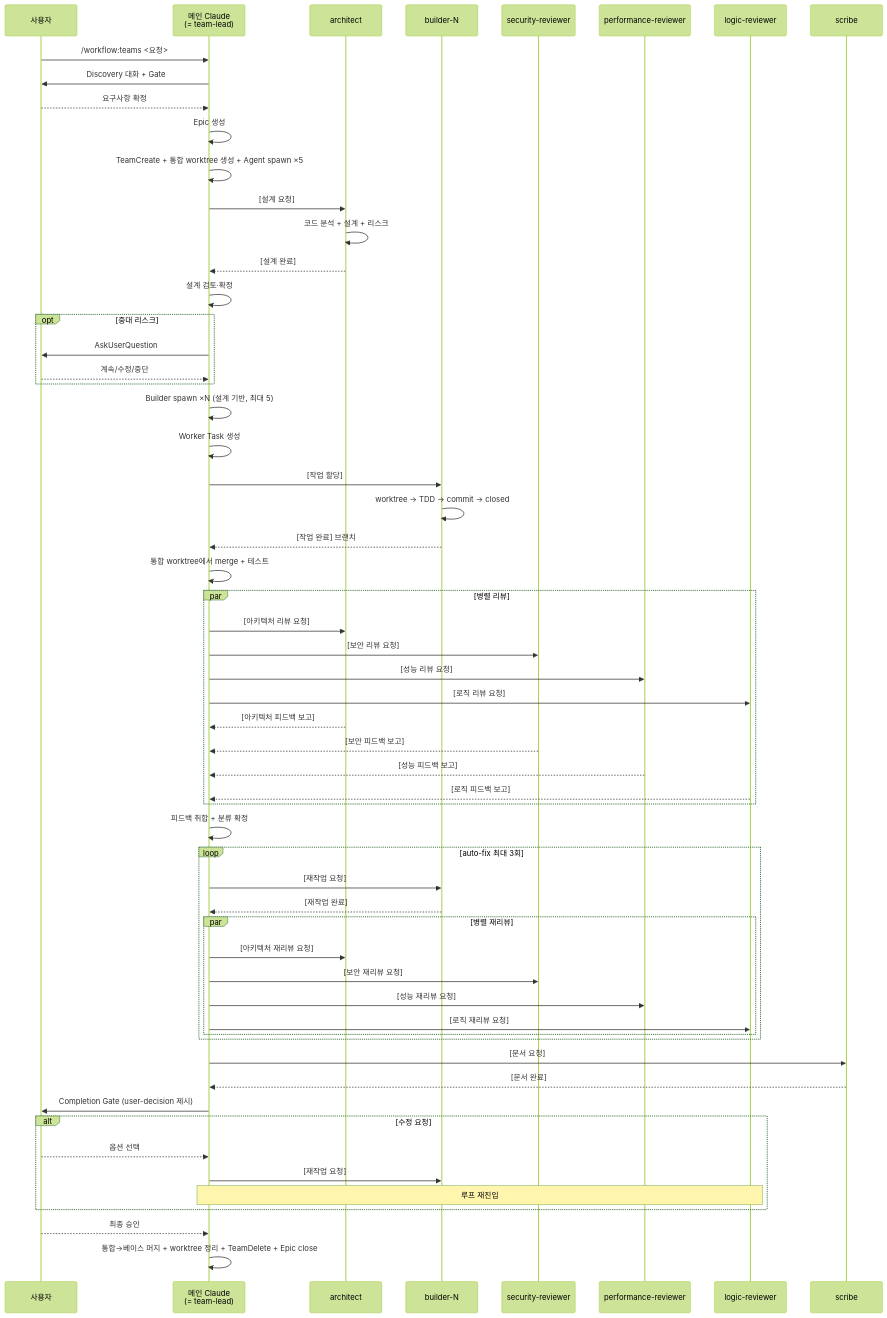
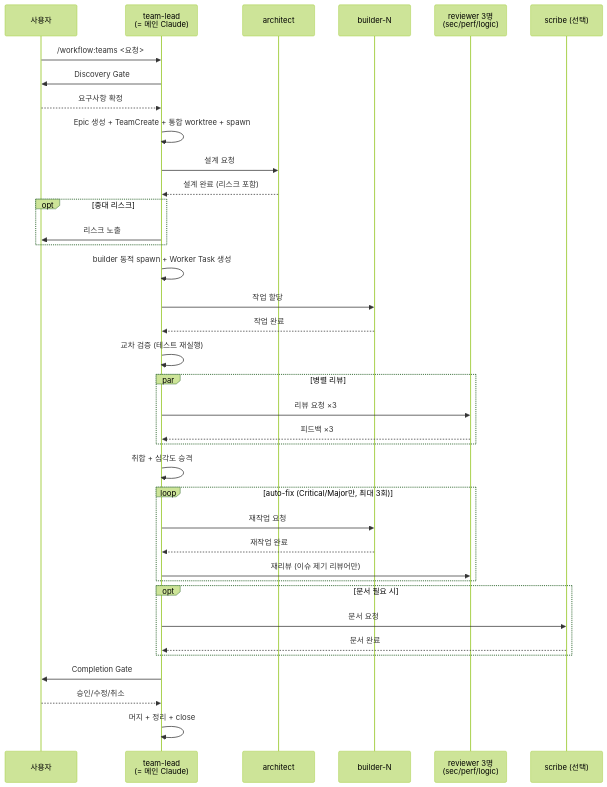
Before and after one commit to Wondermove-Inc/calab-claude-plugin: the diagram in plugins/workflow/skills/teams/SKILL.md, drawn with Mermaid (forest theme). The commit also changed other lines of this file and 17 other files, not shown here.

````diff
--- a/plugins/workflow/skills/teams/SKILL.md
+++ b/plugins/workflow/skills/teams/SKILL.md
@@ -70,66 +47,44 @@
 ```mermaid
 ---
 config:
   layout: elk
 ---
 sequenceDiagram
     participant U as 사용자
-    participant MC as 메인 Claude<br/>(= team-lead)
+    participant MC as team-lead<br/>(= 메인 Claude)
     participant A as architect
     participant B as builder-N
-    participant SR as security-reviewer
-    participant PR as performance-reviewer
-    participant LR as logic-reviewer
-    participant S as scribe
+    participant R as reviewer 3명<br/>(sec/perf/logic)
+    participant S as scribe (선택)
 
     U->>MC: /workflow:teams <요청>
-    MC->>U: Discovery 대화 + Gate
+    MC->>U: Discovery Gate
     U-->>MC: 요구사항 확정
-    MC->>MC: Epic 생성
-    MC->>MC: TeamCreate + 통합 worktree 생성 + Agent spawn ×5
-    MC->>A: [설계 요청]
-    A->>A: 코드 분석 + 설계 + 리스크
-    A-->>MC: [설계 완료]
-    MC->>MC: 설계 검토·확정
+    MC->>MC: Epic 생성 + TeamCreate + 통합 worktree + spawn
+    MC->>A: 설계 요청
+    A-->>MC: 설계 완료 (리스크 포함)
     opt 중대 리스크
-        MC->>U: AskUserQuestion
-        U-->>MC: 계속/수정/중단
+        MC->>U: 리스크 노출
     end
-    MC->>MC: Builder spawn ×N (설계 기반, 최대 5)
-    MC->>MC: Worker Task 생성
-    MC->>B: [작업 할당]
-    B->>B: worktree → TDD → commit → closed
-    B-->>MC: [작업 완료] 브랜치
-    MC->>MC: 통합 worktree에서 merge + 테스트
+    MC->>MC: builder 동적 spawn + Worker Task 생성
+    MC->>B: 작업 할당
+    B-->>MC: 작업 완료
+    MC->>MC: 교차 검증 (테스트 재실행)
     par 병렬 리뷰
-        MC->>A: [아키텍처 리뷰 요청]
-        MC->>SR: [보안 리뷰 요청]
-        MC->>PR: [성능 리뷰 요청]
-        MC->>LR: [로직 리뷰 요청]
-        A-->>MC: [아키텍처 피드백 보고]
-        SR-->>MC: [보안 피드백 보고]
-        PR-->>MC: [성능 피드백 보고]
-        LR-->>MC: [로직 피드백 보고]
+        MC->>R: 리뷰 요청 ×3
+        R-->>MC: 피드백 ×3
     end
-    MC->>MC: 피드백 취합 + 분류 확정
-    loop auto-fix 최대 3회
-        MC->>B: [재작업 요청]
-        B-->>MC: [재작업 완료]
-        par 병렬 재리뷰
-            MC->>A: [아키텍처 재리뷰 요청]
-            MC->>SR: [보안 재리뷰 요청]
-            MC->>PR: [성능 재리뷰 요청]
-            MC->>LR: [로직 재리뷰 요청]
-        end
+    MC->>MC: 취합 + 심각도 승격
+    loop auto-fix (Critical/Major만, 최대 3회)
+        MC->>B: 재작업 요청
+        B-->>MC: 재작업 완료
+        MC->>R: 재리뷰 (이슈 제기 리뷰어만)
     end
-    MC->>S: [문서 요청]
-    S-->>MC: [문서 완료]
-    MC->>U: Completion Gate (user-decision 제시)
-    alt 수정 요청
-        U-->>MC: 옵션 선택
-        MC->>B: [재작업 요청]
-        note over MC,LR: 루프 재진입
+    opt 문서 필요 시
+        MC->>S: 문서 요청
+        S-->>MC: 문서 완료
     end
-    U-->>MC: 최종 승인
-    MC->>MC: 통합→베이스 머지 + worktree 정리 + TeamDelete + Epic close
+    MC->>U: Completion Gate
+    U-->>MC: 승인/수정/취소
+    MC->>MC: 머지 + 정리 + close
 ```
````
